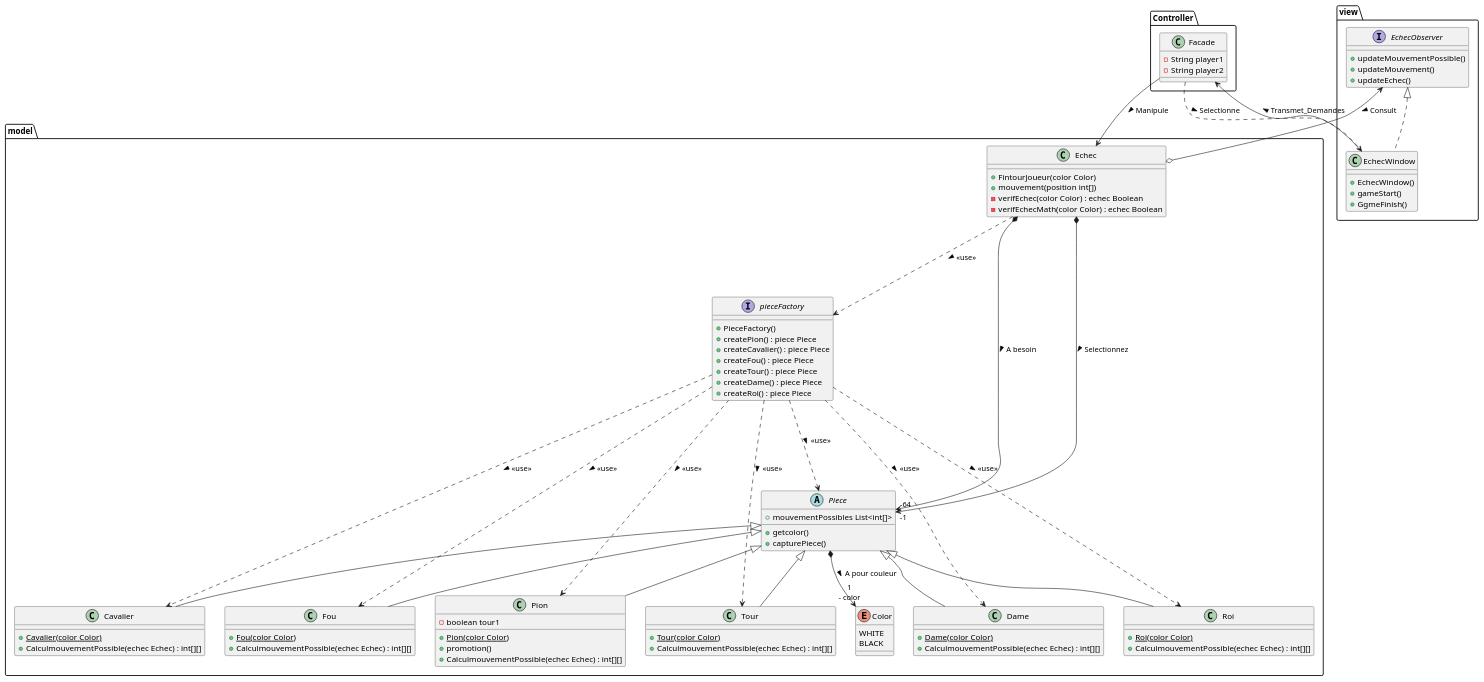
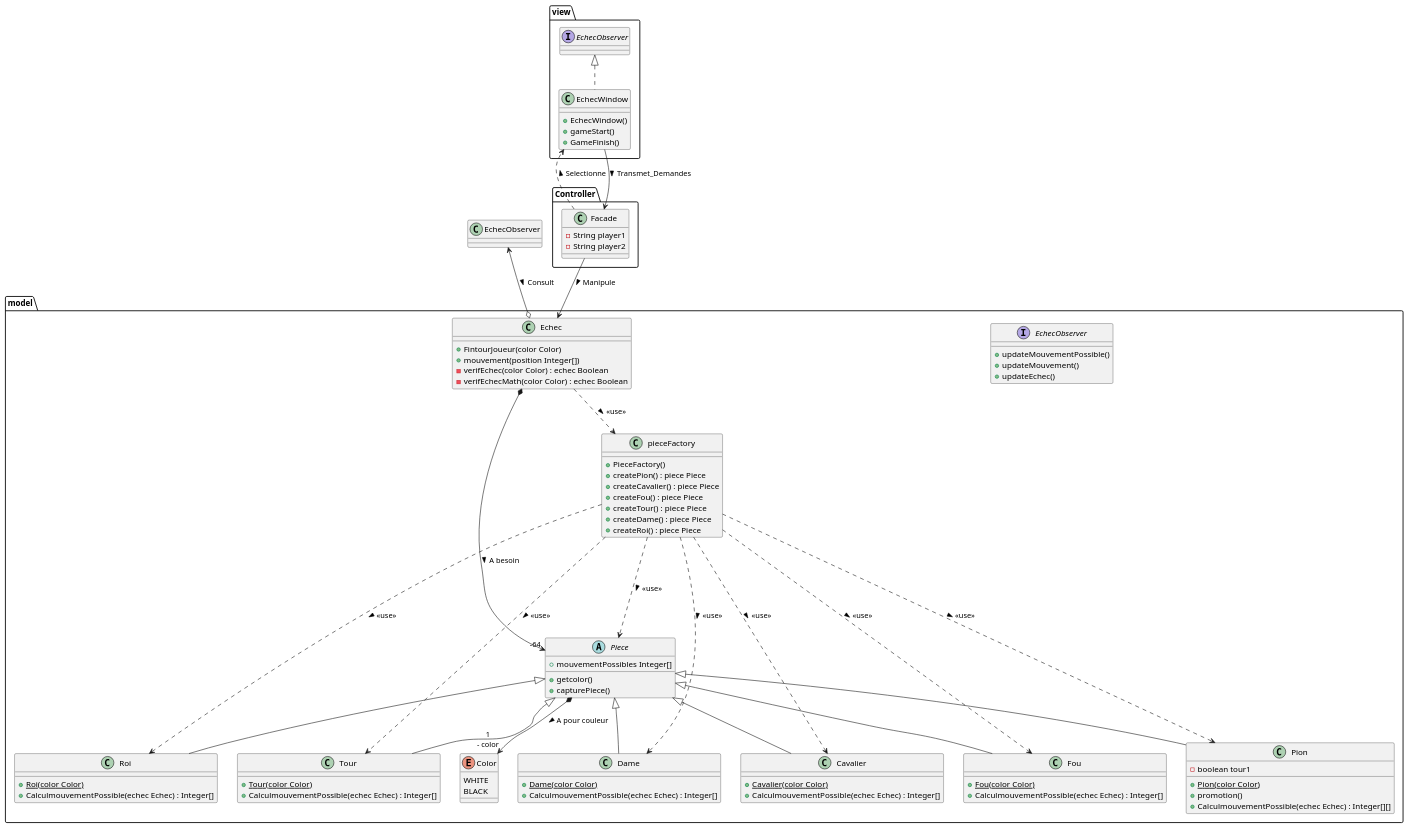
Before and after one commit to Dubimasa/Echec: the diagram in Echec/diagsUML/Diagramme_Class_Echec.puml, drawn with PlantUML. The commit also changed 1 other file, not shown here.

Commit message:
Corrections UML

```diff
--- a/Echec/diagsUML/Diagramme_Class_Echec.puml
+++ b/Echec/diagsUML/Diagramme_Class_Echec.puml
@@ -1,111 +1,112 @@
 @startuml
 'https://plantuml.com/class-diagram
 
 
-Package view{
-    interface EchecObserver
-    {
-        +updateMouvementPossible()
-        +updateMouvement()
-        +updateEchec()
-    }
-    class EchecWindow implements EchecObserver
-    {
-     +EchecWindow()
-     +gameStart()
-     +GgmeFinish()
-    }
 
-}
 Package Controller
 {
     class Facade
     {
         -String player1
         -String player2
     }
 }
 Package model
 {
+    interface EchecObserver
+    {
+            +updateMouvementPossible()
+            +updateMouvement()
+            +updateEchec()
+    }
+
     class Echec {
     +FintourJoueur(color Color)
-    +mouvement(position int[])
+    +mouvement(position Integer[])
     -verifEchec(color Color) : echec Boolean
     -verifEchecMath(color Color) : echec Boolean
     }
-    Interface pieceFactory
+    class pieceFactory
     {
         +PieceFactory()
         +createPion() : piece Piece
         +createCavalier() : piece Piece
         +createFou() : piece Piece
         +createTour() : piece Piece
         +createDame() : piece Piece
         +createRoi() : piece Piece
     }
     abstract class Piece
     {
-        +mouvementPossibles List<int[]>
+        +mouvementPossibles Integer[]
         +getcolor()
         +capturePiece()
     }
     class Pion extends Piece
     {
         -boolean tour1
         +{static}Pion(color Color)
         +promotion()
-        +CalculmouvementPossible(echec Echec) : int[][]
+        +CalculmouvementPossible(echec Echec) : Integer[][]
     }
     class Cavalier extends Piece
     {
     +{static}Cavalier(color Color)
-    +CalculmouvementPossible(echec Echec) : int[][]
+    +CalculmouvementPossible(echec Echec) : Integer[]
     }
     class Fou extends Piece
     {
     +{static}Fou(color Color)
-    +CalculmouvementPossible(echec Echec) : int[][]
+    +CalculmouvementPossible(echec Echec) : Integer[]
     }
     class Tour extends Piece
     {
     +{static}Tour(color Color)
-    +CalculmouvementPossible(echec Echec) : int[][]
+    +CalculmouvementPossible(echec Echec) : Integer[]
     }
     class Dame extends Piece
     {
     +{static}Dame(color Color)
-    +CalculmouvementPossible(echec Echec) : int[][]
+    +CalculmouvementPossible(echec Echec) : Integer[]
     }
     class Roi extends Piece
     {
     +{static}Roi(color Color)
-    +CalculmouvementPossible(echec Echec) : int[][]
+    +CalculmouvementPossible(echec Echec) : Integer[]
     }
     Enum Color
     {
         WHITE
         BLACK
     }
 }
+Package view{
 
+    class EchecWindow implements EchecObserver
+    {
+     +EchecWindow()
+     +gameStart()
+     +GameFinish()
+    }
+
+}
 Piece *--> "1\n- color" Color : > A pour couleur
 Echec *--> "-64" Piece : > A besoin
-Echec *-----> "-1" Piece : > Selectionnez
 
 Echec ..> pieceFactory : > <<use>>
 
 pieceFactory ...> Piece : > <<use>>
 pieceFactory ..> Roi : > <<use>>
 pieceFactory ..> Pion : > <<use>>
 pieceFactory ..> Cavalier : > <<use>>
 pieceFactory ..> Fou : > <<use>>
 pieceFactory ..> Dame : > <<use>>
 pieceFactory ..> Tour : > <<use>>
 
 
 EchecObserver <--o Echec : > Consult
 Facade --> Echec : > Manipule
 Facade ..> EchecWindow : > Selectionne
 EchecWindow --> Facade : > Transmet_Demandes
 
 @enduml
```
